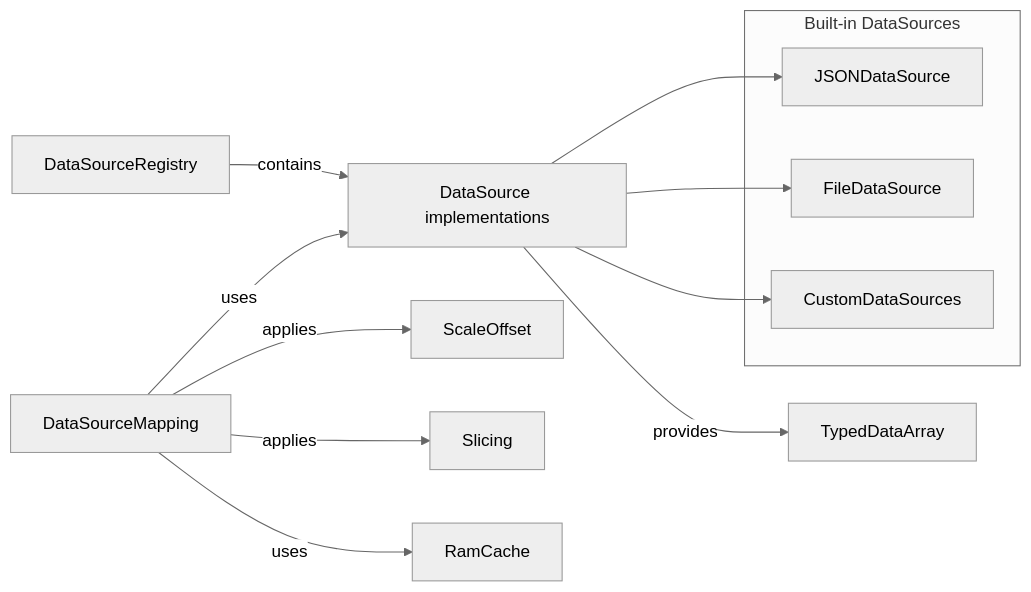
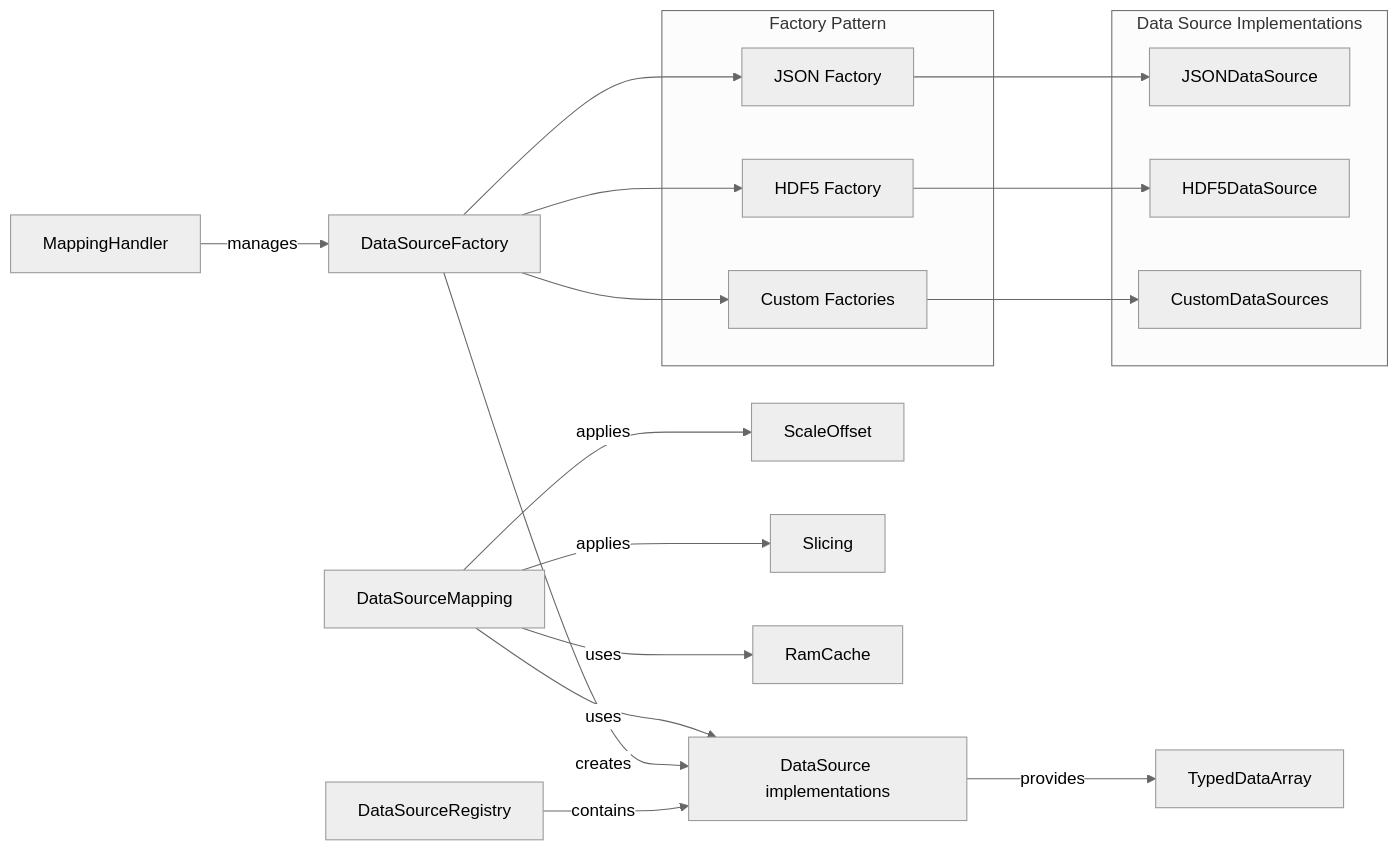
Before and after one commit to DavidPCoster/libtokamap: the third of 8 diagrams in docs/knowledge_graph/knowledge_graph.md, drawn with Mermaid (neutral theme). The commit also changed other lines of this file and 4 other files, not shown here.

First line of the commit message:
Update knowledge graph with develop branch improvements

````diff
--- a/docs/knowledge_graph/knowledge_graph.md
+++ b/docs/knowledge_graph/knowledge_graph.md
@@ -77,19 +77,31 @@
 ```mermaid
 graph LR
     DSR[DataSourceRegistry] --> |contains| DS[DataSource implementations]
+    DSF[DataSourceFactory] --> |creates| DS
+    MH[MappingHandler] --> |manages| DSF
     DS --> |provides| TDA[TypedDataArray]
     DSM[DataSourceMapping] --> |uses| DS
     DSM --> |applies| SO[ScaleOffset]
     DSM --> |applies| SL[Slicing]
     DSM --> |uses| RC[RamCache]
     
-    subgraph "Built-in DataSources"
+    subgraph "Factory Pattern"
+        JSON_FACTORY[JSON Factory]
+        HDF5_FACTORY[HDF5 Factory]
+        CUSTOM_FACTORY[Custom Factories]
+    end
+    
+    subgraph "Data Source Implementations"
         JSON[JSONDataSource]
-        FILE[FileDataSource]
+        HDF5[HDF5DataSource]
         CUSTOM[CustomDataSources]
     end
     
-    DS --> JSON
-    DS --> FILE
-    DS --> CUSTOM
+    DSF --> JSON_FACTORY
+    DSF --> HDF5_FACTORY
+    DSF --> CUSTOM_FACTORY
+    
+    JSON_FACTORY --> JSON
+    HDF5_FACTORY --> HDF5
+    CUSTOM_FACTORY --> CUSTOM
 ```
````
